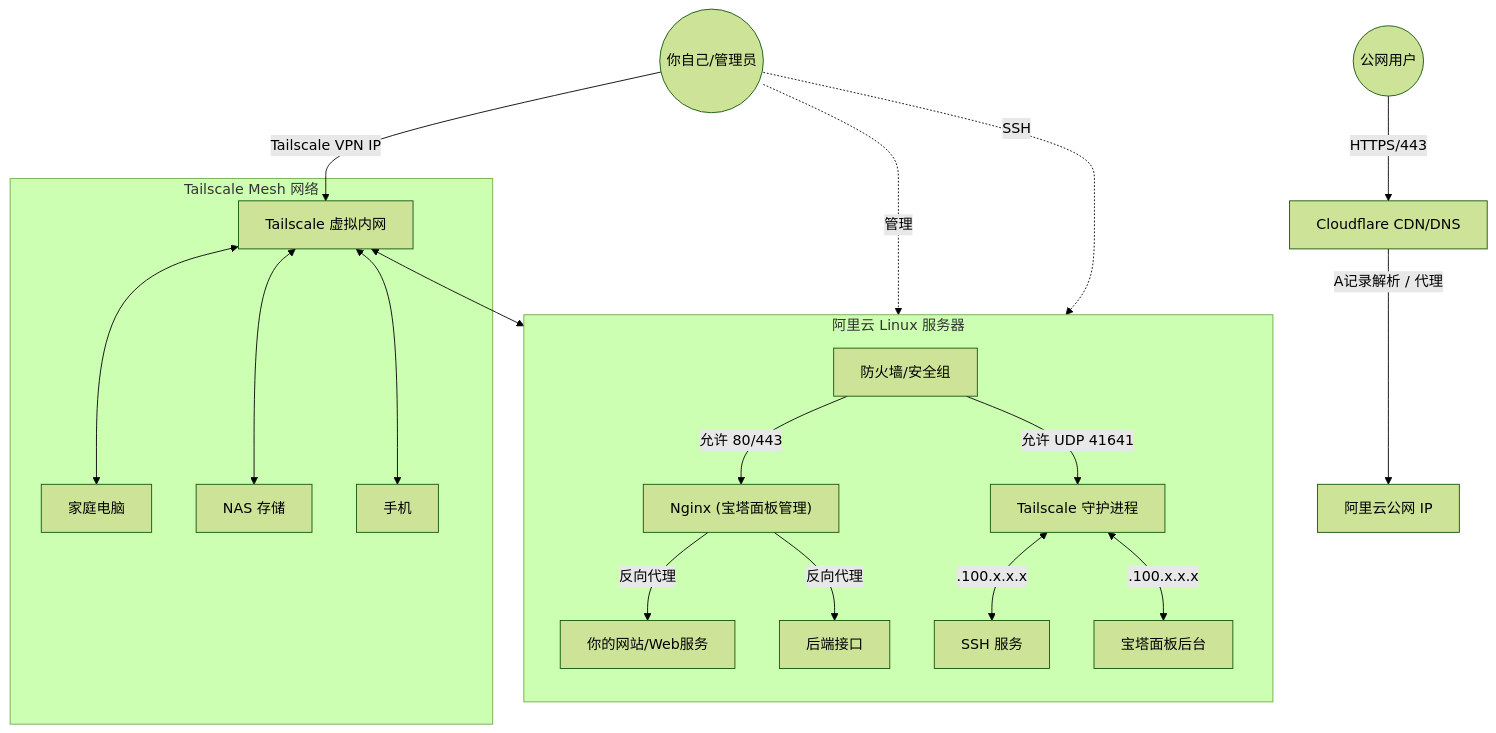
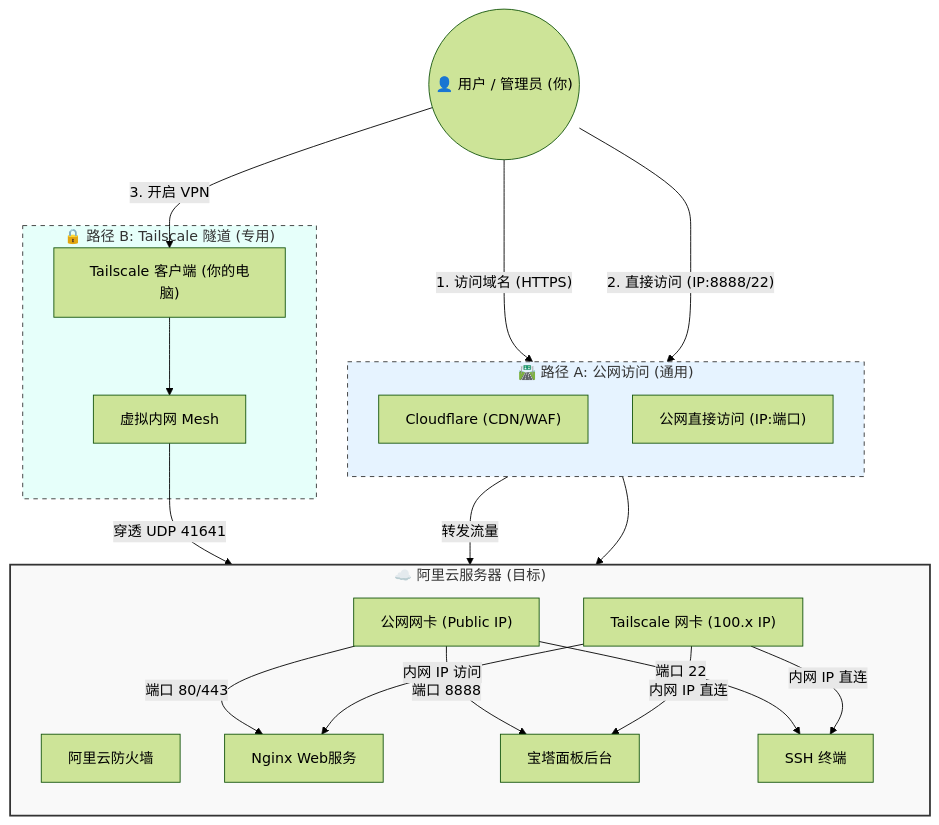
The diagram in cloudflare.md (DuXiaoguan/dxg), drawn with Mermaid (forest theme) before and after one commit.

Commit message:
更新拓扑图
Updated the architecture diagram to include user roles and access flows.

````diff
--- a/cloudflare.md
+++ b/cloudflare.md
@@ -12,36 +12,59 @@
 ```mermaid
 graph TD
-    %% 用户访问层
-    UserGlobal(("公网用户")) -->|"HTTPS/443"| CF["Cloudflare CDN/DNS"]
-    UserAdmin(("你自己/管理员")) -->|"Tailscale VPN IP"| TS_Mesh["Tailscale 虚拟内网"]
+    %% === 核心角色 ===
+    User(("👤 用户 / 管理员 (你)"))
 
-    %% 流量入口层
-    CF -->|"A记录解析 / 代理"| Aliyun_IP["阿里云公网 IP"]
-    
-    %% 服务器层 (阿里云轻量应用服务器)
-    subgraph Server ["阿里云 Linux 服务器"]
+    %% === 路径 A: 公网高速公路 (Public) ===
+    subgraph Public_Path ["🛣️ 路径 A: 公网访问 (通用)"]
         direction TB
-        FW["防火墙/安全组"] -->|"允许 80/443"| Nginx["Nginx (宝塔面板管理)"]
-        FW -->|"允许 UDP 41641"| TS_Node["Tailscale 守护进程"]
-        
-        %% 业务层
-        Nginx -->|"反向代理"| Website["你的网站/Web服务"]
-        Nginx -->|"反向代理"| API["后端接口"]
-        
-        %% 内网管理流
-        TS_Node <-->|".100.x.x.x"| SSH_Service["SSH 服务"]
-        TS_Node <-->|".100.x.x.x"| Baota_Panel["宝塔面板后台"]
+        CF["Cloudflare (CDN/WAF)"]
+        DirectIP["公网直接访问 (IP:端口)"]
     end
 
-    %% 内网设备层 (通过 Tailscale 连接)
-    subgraph Tailnet ["Tailscale Mesh 网络"]
-        TS_Mesh <--> TS_Node
-        TS_Mesh <--> Home_PC["家庭电脑"]
-        TS_Mesh <--> NAS["NAS 存储"]
-        TS_Mesh <--> Mobile["手机"]
+    %% === 路径 B: Tailscale 专用隧道 (Private) ===
+    subgraph Private_Path ["🔒 路径 B: Tailscale 隧道 (专用)"]
+        TS_Client["Tailscale 客户端 (你的电脑)"]
+        TS_Mesh["虚拟内网 Mesh"]
     end
 
-    %% 访问关系
-    UserAdmin -.->|"管理"| Baota_Panel
-    UserAdmin -.->|"SSH"| Server
+    %% === 阿里云服务器 ===
+    subgraph Aliyun ["☁️ 阿里云服务器 (目标)"]
+        direction TB
+        FW["阿里云防火墙"]
+        
+        %% 服务组件
+        Nginx["Nginx Web服务"]
+        Panel["宝塔面板后台"]
+        SSH["SSH 终端"]
+        
+        %% 内部连接点
+        Public_NIC["公网网卡 (Public IP)"]
+        TS_NIC["Tailscale 网卡 (100.x IP)"]
+    end
+
+    %% === 连线逻辑 ===
+    
+    %% 1. 公网访问流 (常规)
+    User -- "1. 访问域名 (HTTPS)" --> CF
+    CF -- "转发流量" --> Public_NIC
+    User -- "2. 直接访问 (IP:8888/22)" --> DirectIP
+    DirectIP --> Public_NIC
+    
+    Public_NIC -- "端口 80/443" --> Nginx
+    Public_NIC -- "端口 8888" --> Panel
+    Public_NIC -- "端口 22" --> SSH
+
+    %% 2. Tailscale 访问流 (备用/内网)
+    User -- "3. 开启 VPN" --> TS_Client
+    TS_Client --> TS_Mesh
+    TS_Mesh -- "穿透 UDP 41641" --> TS_NIC
+    
+    TS_NIC -- "内网 IP 直连" --> Panel
+    TS_NIC -- "内网 IP 直连" --> SSH
+    TS_NIC -- "内网 IP 访问" --> Nginx
+
+    %% === 样式美化 ===
+    style Public_Path fill:#e6f3ff,stroke:#333,stroke-dasharray: 5 5
+    style Private_Path fill:#e6fffa,stroke:#333,stroke-dasharray: 5 5
+    style Aliyun fill:#f9f9f9,stroke:#333,stroke-width:2px
 ```
````
